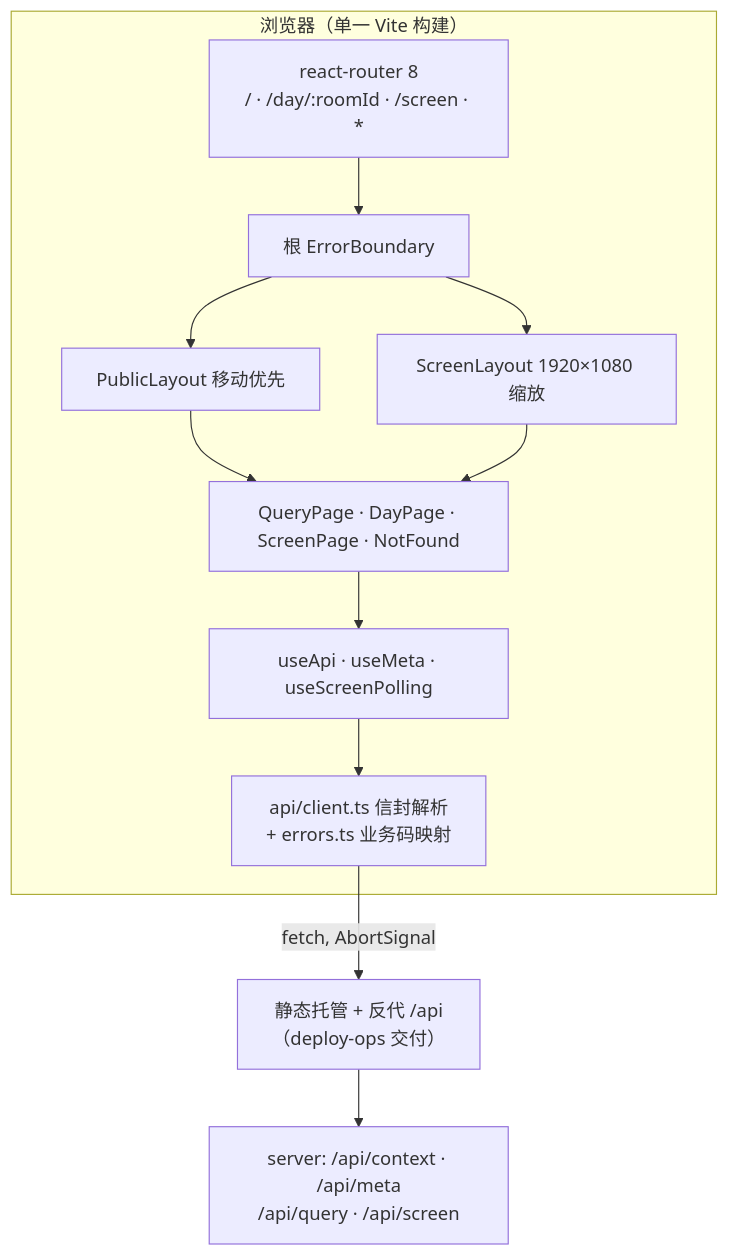
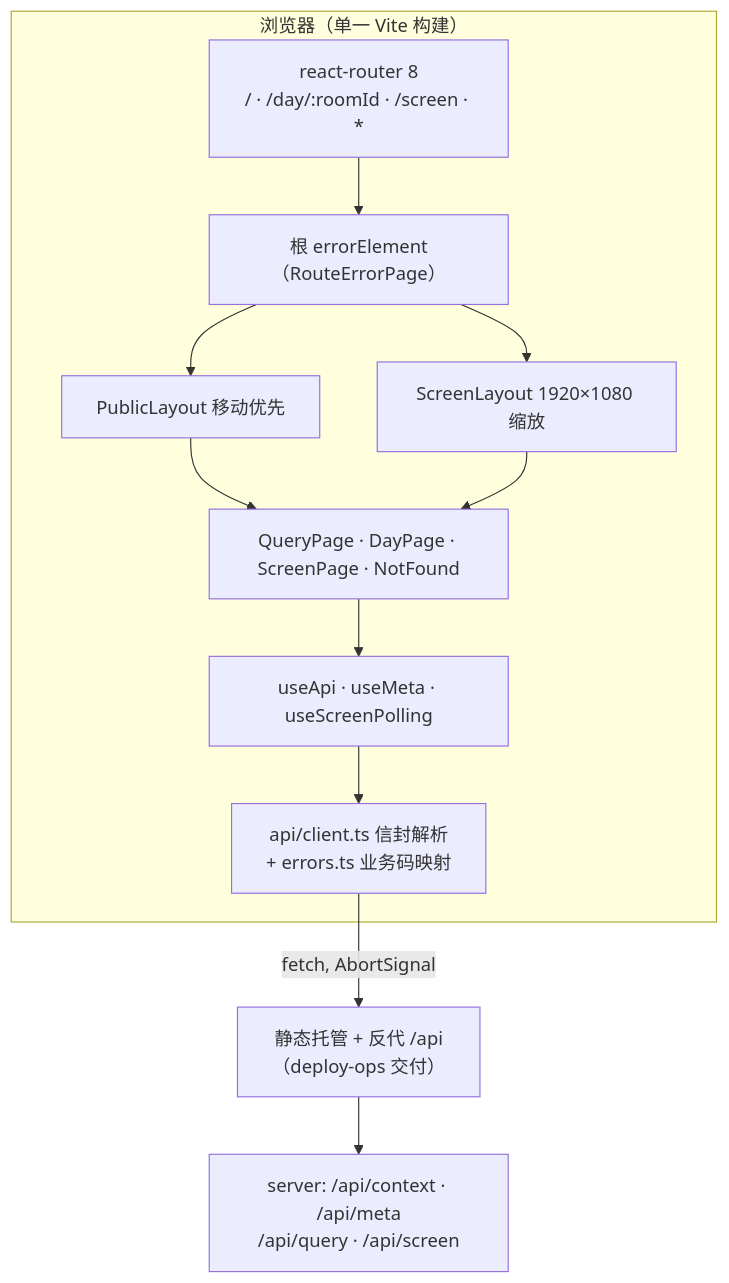
The diagram in specs/2026-11-15-public-web/design.md (w1ndys/easy-qfnu-kjs), drawn with Mermaid before and after one commit. The commit also changed other lines of this file and 19 other files, not shown here.

````diff
--- a/specs/2026-11-15-public-web/design.md
+++ b/specs/2026-11-15-public-web/design.md
@@ -82,20 +82,20 @@
 ```mermaid
 flowchart TB
     subgraph browser["浏览器（单一 Vite 构建）"]
         router["react-router 8<br/>/ · /day/:roomId · /screen · *"]
-        err["根 ErrorBoundary"]
+        err["根 errorElement（RouteErrorPage）"]
         pub["PublicLayout 移动优先"]
         scr["ScreenLayout 1920×1080 缩放"]
         api["api/client.ts 信封解析<br/>+ errors.ts 业务码映射"]
         hooks["useApi · useMeta · useScreenPolling"]
         pages["QueryPage · DayPage · ScreenPage · NotFound"]
         router --> err --> pub
         err --> scr
         pub --> pages
         scr --> pages
         pages --> hooks --> api
     end
     proxy["静态托管 + 反代 /api<br/>（deploy-ops 交付）"]
     server["server: /api/context · /api/meta<br/>/api/query · /api/screen"]
     api -->|fetch, AbortSignal| proxy --> server
 ```
````
